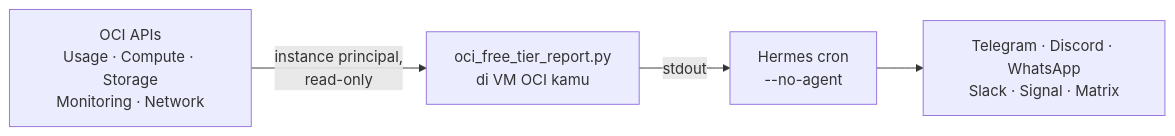
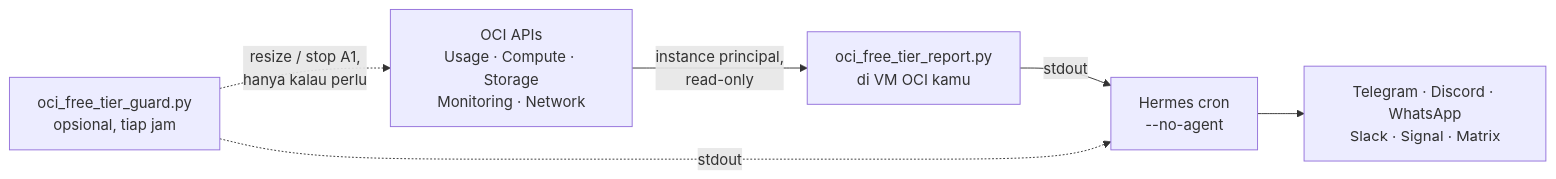
The diagram in README.id.md (pgen0x/hermes-oci-free-tier-report), drawn with Mermaid before and after one commit. The commit also changed other lines of this file and 1 other file, not shown here.

First line of the commit message:
docs(readme): cover the guard and fix misleading update and read-only claims

````diff
--- a/README.id.md
+++ b/README.id.md
@@ -58,6 +66,8 @@
 ```mermaid
 flowchart LR
     A["OCI APIs<br/>Usage · Compute · Storage<br/>Monitoring · Network"] -->|instance principal,<br/>read-only| B["oci_free_tier_report.py<br/>di VM OCI kamu"]
     B -->|stdout| C["Hermes cron<br/>--no-agent"]
     C --> D["Telegram · Discord · WhatsApp<br/>Slack · Signal · Matrix"]
+    E["oci_free_tier_guard.py<br/>opsional, tiap jam"] -.->|resize / stop A1,<br/>hanya kalau perlu| A
+    E -.->|stdout| C
 ```
````
